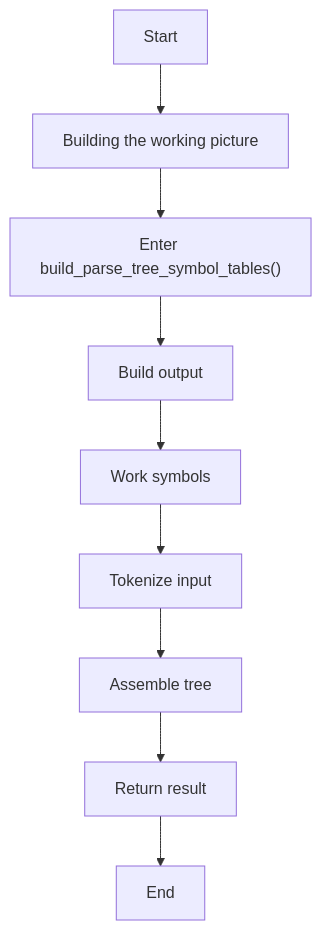
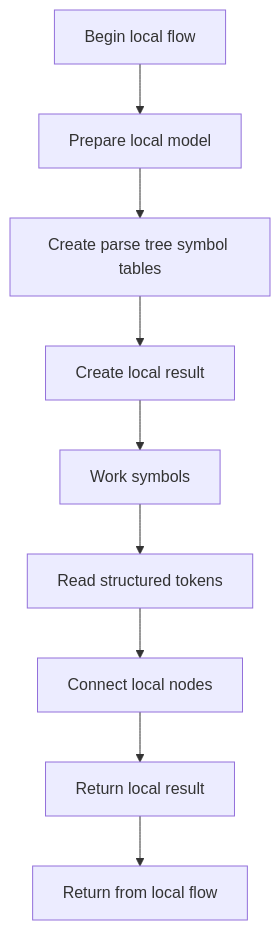
The first of 2 diagrams in docs/Codebase/Microservice/Modules/Source/Analysis/ImplementationUse/Binding/Symbols/core.cpp.md (JohnAndrewBalbarosa/NeoTerritory), drawn with Mermaid before and after one commit. The commit also changed other lines of this file and 915 other files, not shown here.

````diff
--- a/docs/Codebase/Microservice/Modules/Source/Analysis/ImplementationUse/Binding/Symbols/core.cpp.md
+++ b/docs/Codebase/Microservice/Modules/Source/Analysis/ImplementationUse/Binding/Symbols/core.cpp.md
@@ -22,20 +21,20 @@
 ```mermaid
 flowchart TD
-    Start["Start"]
-    N0["Building the working picture"]
-    N1["Enter build_parse_tree_symbol_tables()"]
-    N2["Build output"]
+    Start["Begin local flow"]
+    N0["Prepare local model"]
+    N1["Create parse tree symbol tables"]
+    N2["Create local result"]
     N3["Work symbols"]
-    N4["Tokenize input"]
-    N5["Assemble tree"]
-    N6["Return result"]
-    End["End"]
+    N4["Read structured tokens"]
+    N5["Connect local nodes"]
+    N6["Return local result"]
+    End["Return from local flow"]
     Start --> N0
     N0 --> N1
     N1 --> N2
     N2 --> N3
     N3 --> N4
     N4 --> N5
     N5 --> N6
     N6 --> End
 ```
````
